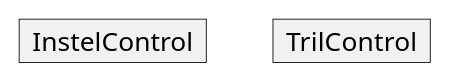
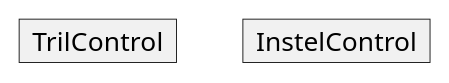
Before and after one commit to HU-TI-DEV/TI-S3: the fourth of 20 diagrams in software/modelleren/plantuml/plantuml.md, drawn with PlantUML. The commit also changed other lines of this file and 29 other files, not shown here.

````diff
--- a/software/modelleren/plantuml/plantuml.md
+++ b/software/modelleren/plantuml/plantuml.md
@@ -42,10 +42,10 @@
 ```plantuml
 @startuml
 
 hide attributes
-hide methods
-object "InstelControl" as O1
+
 object "TrilControl" as O2
+object "InstelControl" as O4
 
 @enduml
 ```
````
